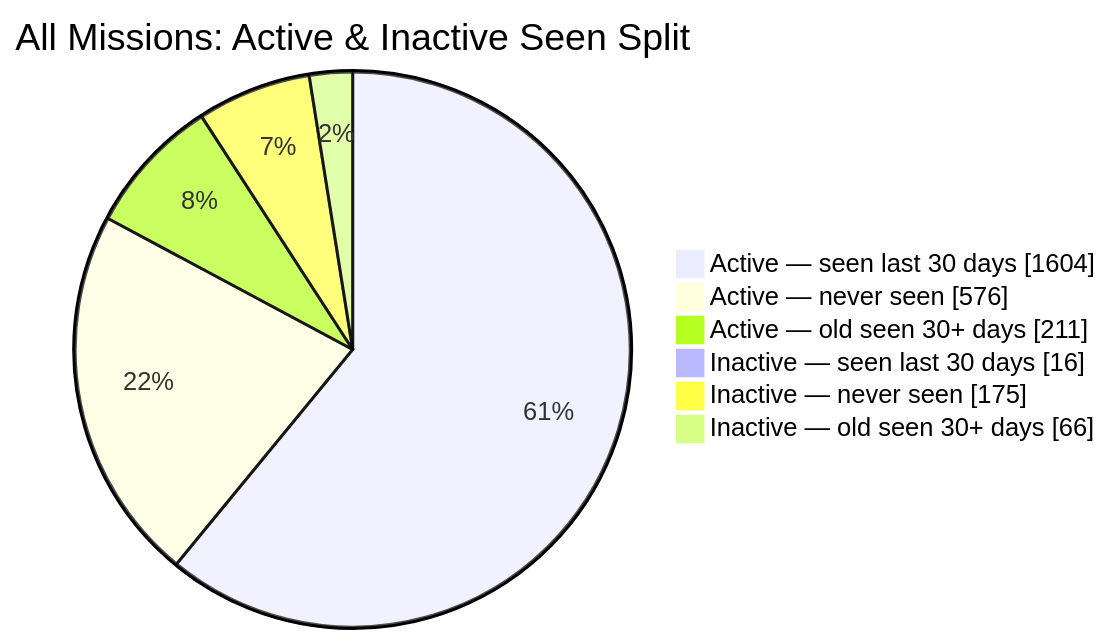
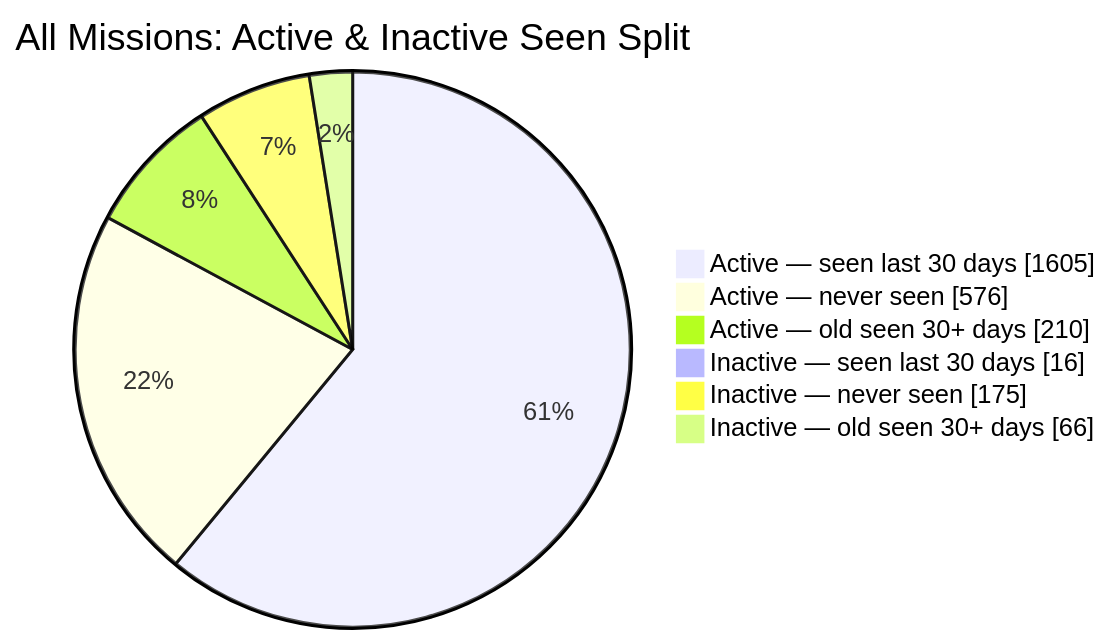
The second of 2 diagrams in README.md (MeldkamerspelGameTeam/active-missions), drawn with Mermaid before and after one commit. The commit also changed other lines of this file and 3 other files, not shown here.

````diff
--- a/README.md
+++ b/README.md
@@ -44,10 +44,10 @@
 ```mermaid
 pie showData
     title All Missions: Active & Inactive Seen Split
-    "Active — seen last 30 days" : 1604
+    "Active — seen last 30 days" : 1605
     "Active — never seen" : 576
-    "Active — old seen 30+ days" : 211
+    "Active — old seen 30+ days" : 210
     "Inactive — seen last 30 days" : 16
     "Inactive — never seen" : 175
     "Inactive — old seen 30+ days" : 66
 ```
````
